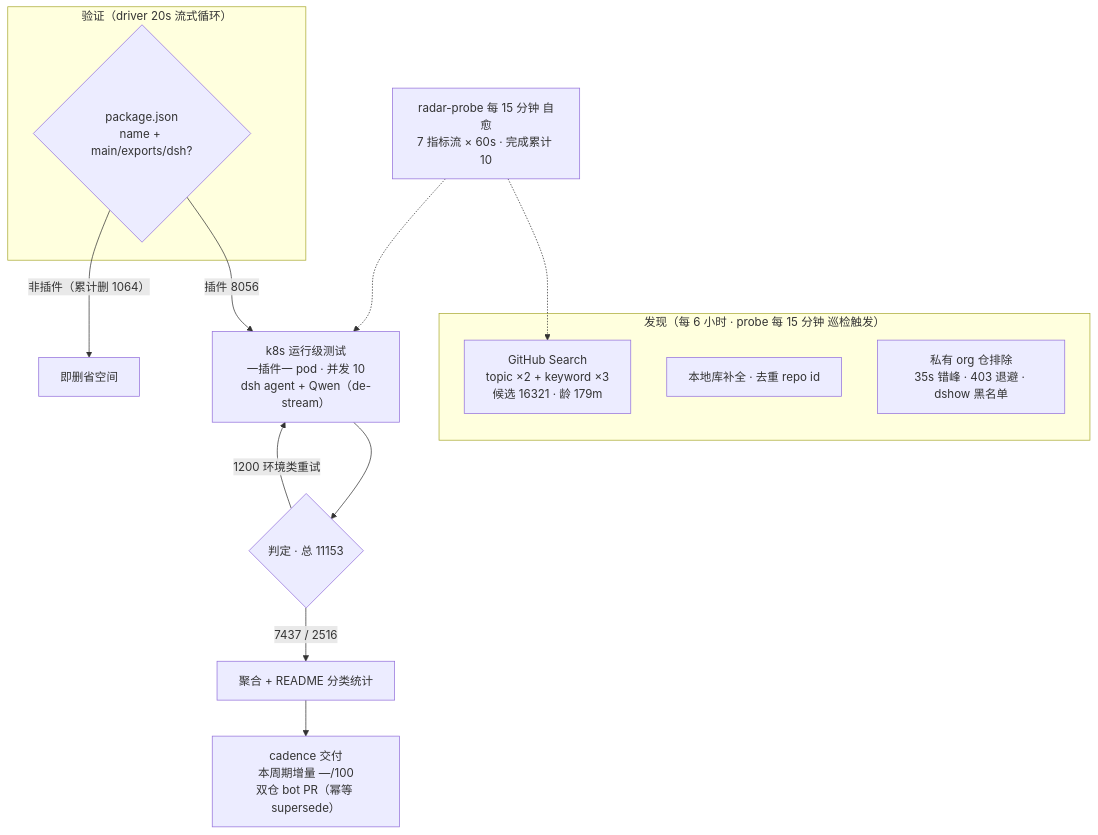
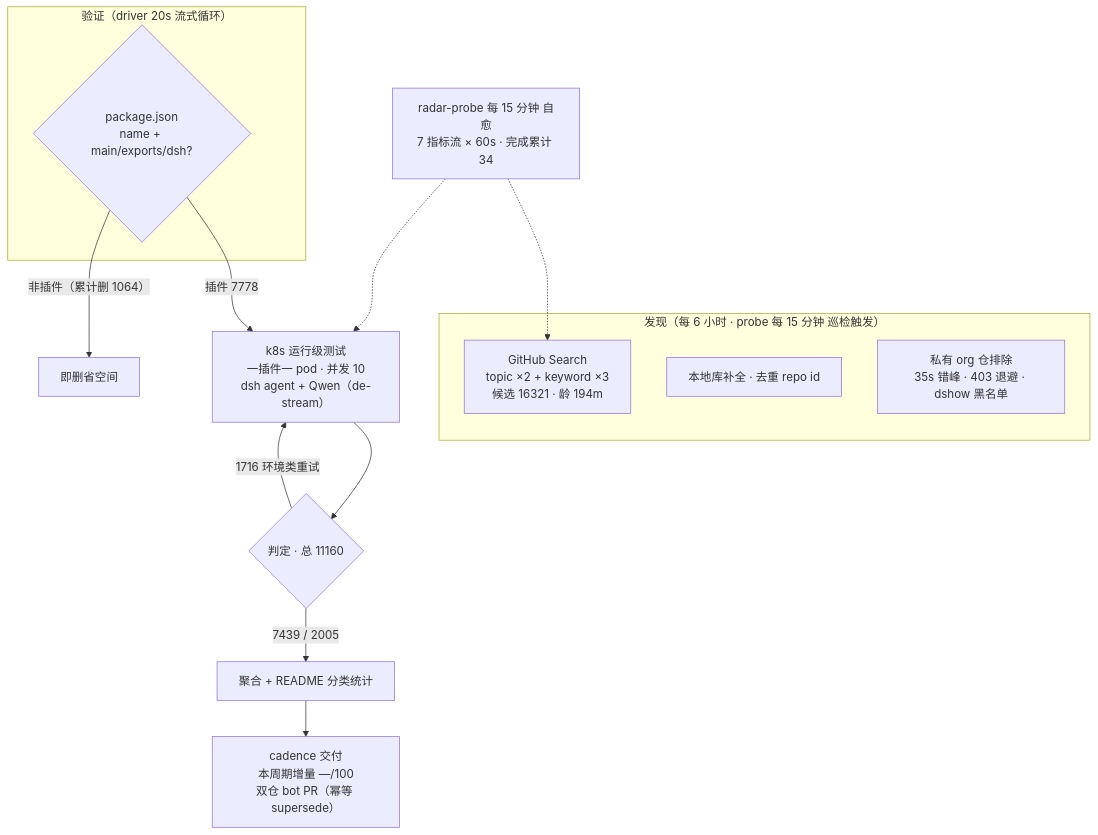
One commit to Zhidao-Lab-OSS/awesome-dsh-plugins changed the diagram in README.md. Above: the diagram before and after it, drawn with Mermaid. The commit also changed other lines of this file and 1 other file, not shown here.

````diff
--- a/README.md
+++ b/README.md
@@ -52,20 +52,20 @@
 ```mermaid
 flowchart TB
     subgraph Discovery["发现（每 6 小时 · probe 每 15 分钟 巡检触发）"]
-        A1["GitHub Search<br/>topic ×2 + keyword ×3<br/>候选 16321 · 龄 179m"]
+        A1["GitHub Search<br/>topic ×2 + keyword ×3<br/>候选 16321 · 龄 194m"]
         A2["本地库补全 · 去重 repo id"]
         A3["私有 org 仓排除<br/>35s 错峰 · 403 退避 · dshow 黑名单"]
     end
     subgraph Validation["验证（driver 20s 流式循环）"]
         B1{"package.json<br/>name + main/exports/dsh?"}
     end
-    B1 -->|"插件 8056"| C1["k8s 运行级测试<br/>一插件一 pod · 并发 10<br/>dsh agent + Qwen（de-stream）"]
+    B1 -->|"插件 7778"| C1["k8s 运行级测试<br/>一插件一 pod · 并发 10<br/>dsh agent + Qwen（de-stream）"]
     B1 -->|"非插件（累计删 1064）"| B3["即删省空间"]
-    C1 --> D1{"判定 · 总 11153"}
-    D1 -->|"7437 / 2516"| E1["聚合 + README 分类统计"]
-    D1 -->|"1200 环境类重试"| C1
+    C1 --> D1{"判定 · 总 11160"}
+    D1 -->|"7439 / 2005"| E1["聚合 + README 分类统计"]
+    D1 -->|"1716 环境类重试"| C1
     E1 --> E2["cadence 交付<br/>本周期增量 —/100<br/>双仓 bot PR（幂等 supersede）"]
-    M["radar-probe 每 15 分钟 自愈<br/>7 指标流 × 60s · 完成累计 10"]
+    M["radar-probe 每 15 分钟 自愈<br/>7 指标流 × 60s · 完成累计 34"]
     M -.-> A1
     M -.-> C1
 ```
````
